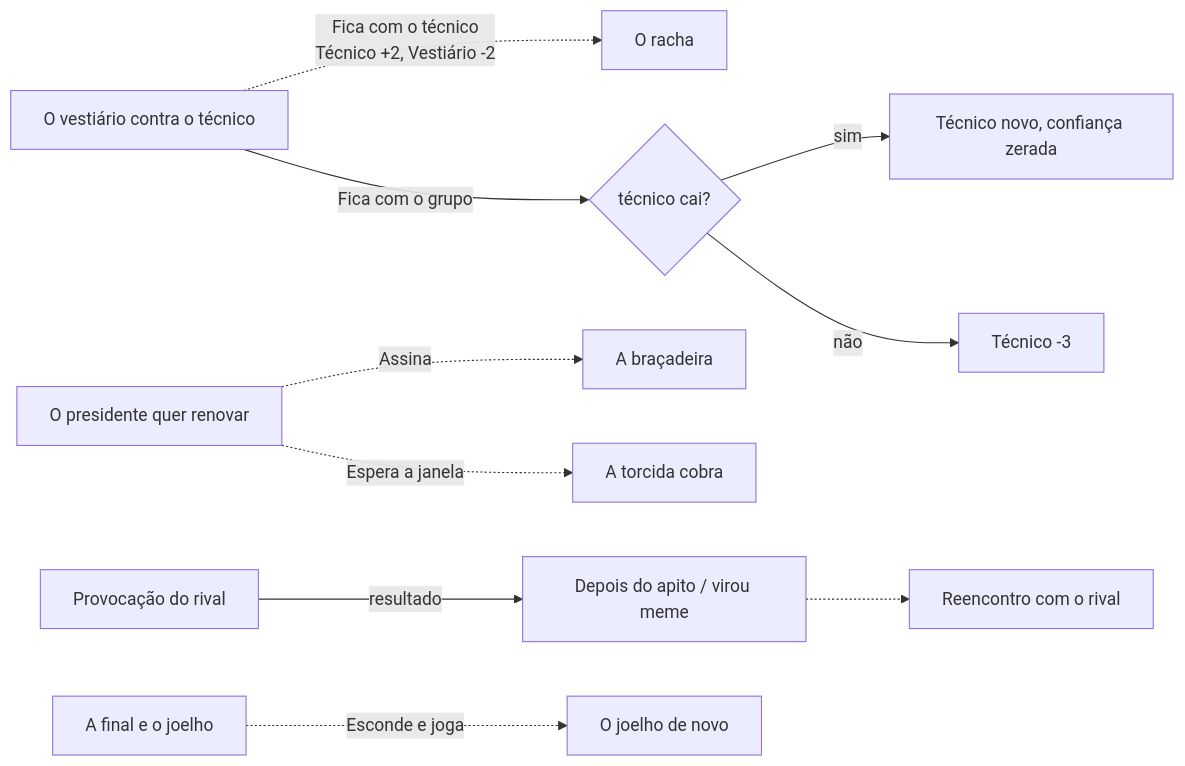
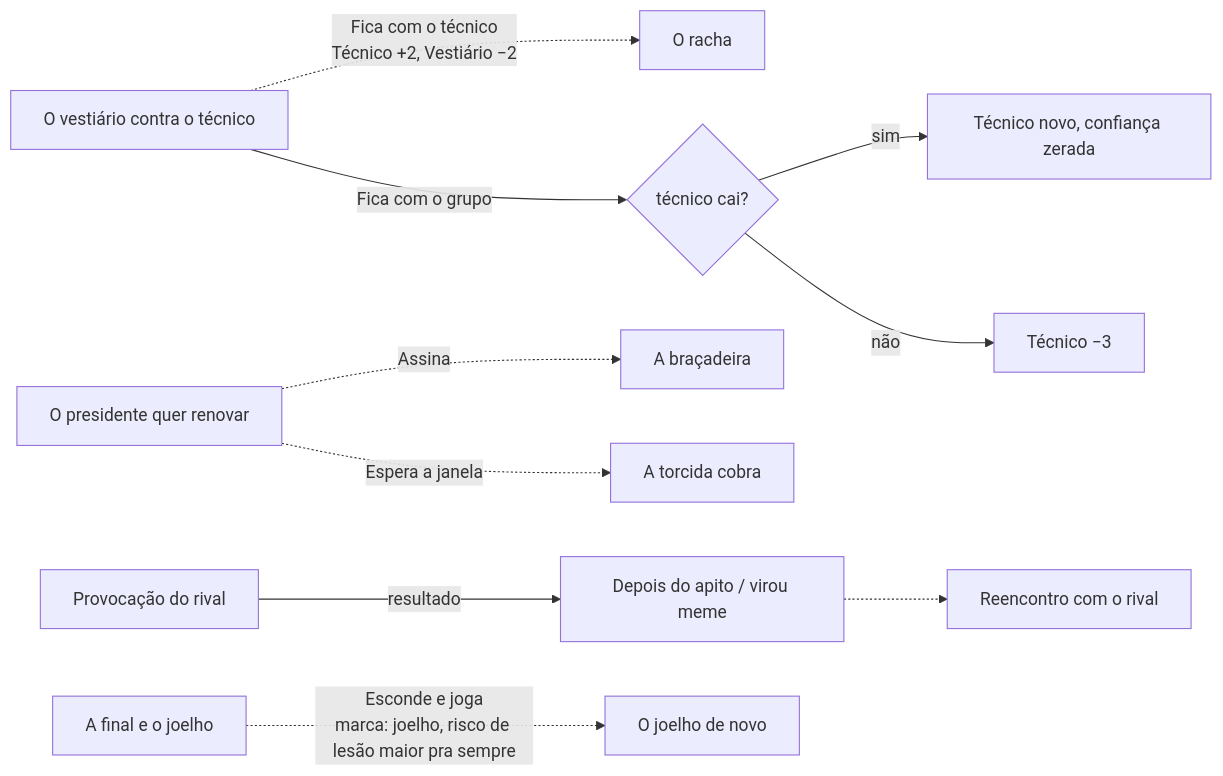
The third of 4 diagrams in docs/prata-da-casa-escolhas.md (temdadoemcasa/temdadoemcasa.github.io), drawn with Mermaid before and after one commit. The commit also changed other lines of this file and 14 other files, not shown here.

````diff
--- a/docs/prata-da-casa-escolhas.md
+++ b/docs/prata-da-casa-escolhas.md
@@ -76,12 +126,12 @@
 ```mermaid
 flowchart LR
-  CR[O vestiário contra o técnico] -.->|Fica com o técnico<br/>Técnico +2, Vestiário -2| RA[O racha]
+  CR[O vestiário contra o técnico] -.->|Fica com o técnico<br/>Técnico +2, Vestiário −2| RA[O racha]
   CR -->|Fica com o grupo| G2{técnico cai?}
   G2 -->|sim| N[Técnico novo, confiança zerada]
-  G2 -->|não| T3[Técnico -3]
+  G2 -->|não| T3[Técnico −3]
   REN[O presidente quer renovar] -.->|Assina| BR[A braçadeira]
   REN -.->|Espera a janela| COB[A torcida cobra]
   RIV[Provocação do rival] -->|resultado| DEP[Depois do apito / virou meme]
   DEP -.-> REE[Reencontro com o rival]
-  J[A final e o joelho] -.->|Esconde e joga| J2[O joelho de novo]
+  J[A final e o joelho] -.->|Esconde e joga<br/>marca: joelho, risco de lesão maior pra sempre| J2[O joelho de novo]
 ```
````
